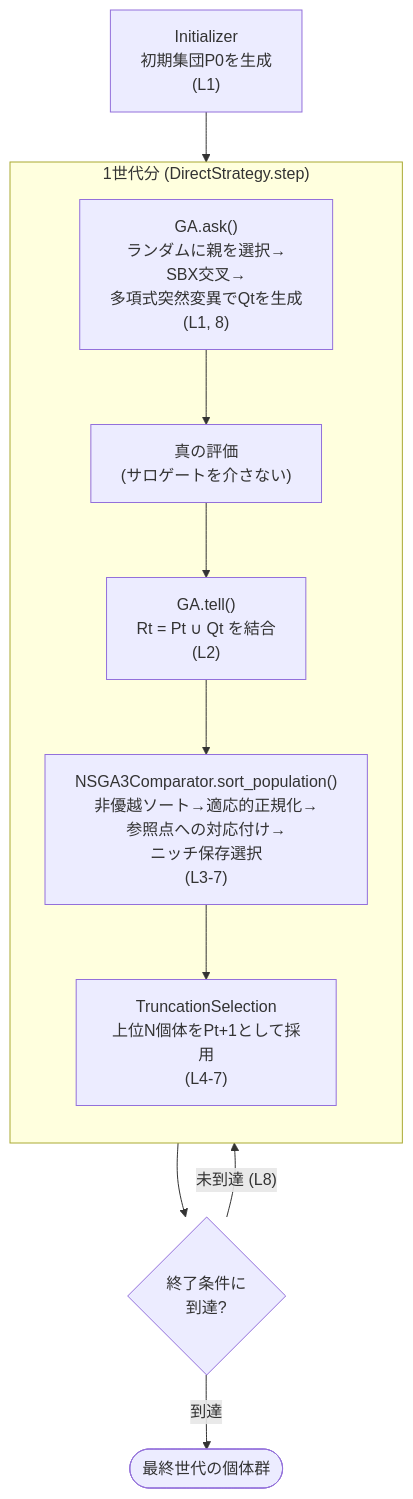
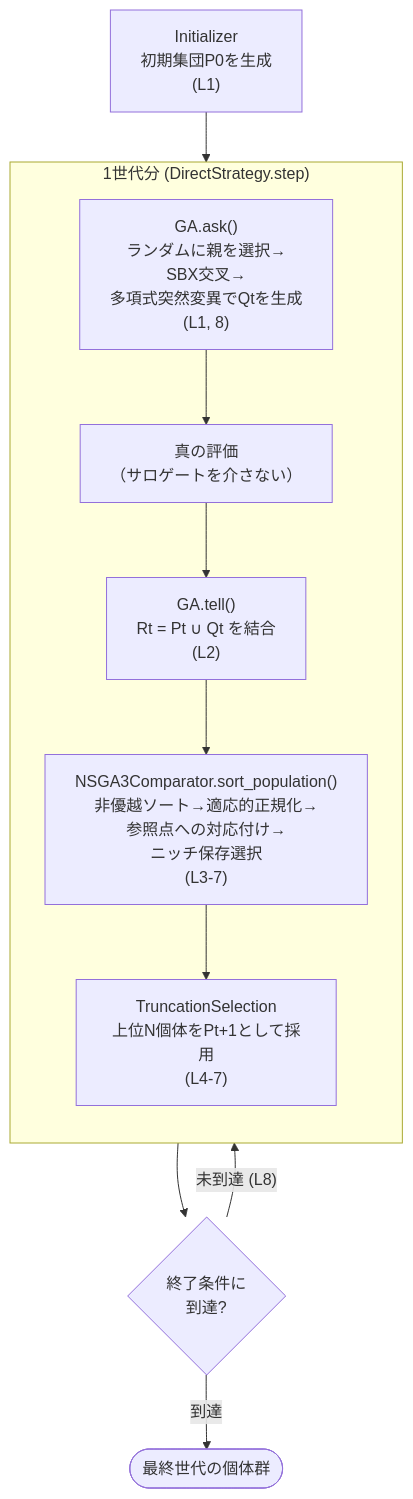
Before and after one commit to shlka/saealib: the diagram in docs/algorithms/nsga3.md, drawn with Mermaid. The commit also changed other lines of this file and 40 other files, not shown here.

````diff
--- a/docs/algorithms/nsga3.md
+++ b/docs/algorithms/nsga3.md
@@ -148,14 +148,14 @@
 ```{mermaid}
 flowchart TD
     INIT["Initializer<br/>初期集団P0を生成<br/>(L1)"] --> GEN
     subgraph GEN["1世代分 (DirectStrategy.step)"]
         direction TB
-        ASK["GA.ask()<br/>ランダムに親を選択→<br/>SBX交叉→<br/>多項式突然変異でQtを生成<br/>(L1, 8)"] --> EVAL["真の評価<br/>(サロゲートを介さない)"]
+        ASK["GA.ask()<br/>ランダムに親を選択→<br/>SBX交叉→<br/>多項式突然変異でQtを生成<br/>(L1, 8)"] --> EVAL["真の評価<br/>（サロゲートを介さない）"]
         EVAL --> COMB["GA.tell()<br/>Rt = Pt ∪ Qt を結合<br/>(L2)"]
         COMB --> SORT["NSGA3Comparator.sort_population()<br/>非優越ソート→適応的正規化→<br/>参照点への対応付け→<br/>ニッチ保存選択<br/>(L3-7)"]
         SORT --> TRUNC["TruncationSelection<br/>上位N個体をPt+1として採用<br/>(L4-7)"]
     end
     GEN --> TERM{"終了条件に<br/>到達?"}
     TERM -- "未到達 (L8)" --> GEN
     TERM -- "到達" --> RESULT(["最終世代の個体群"])
 ```
````
